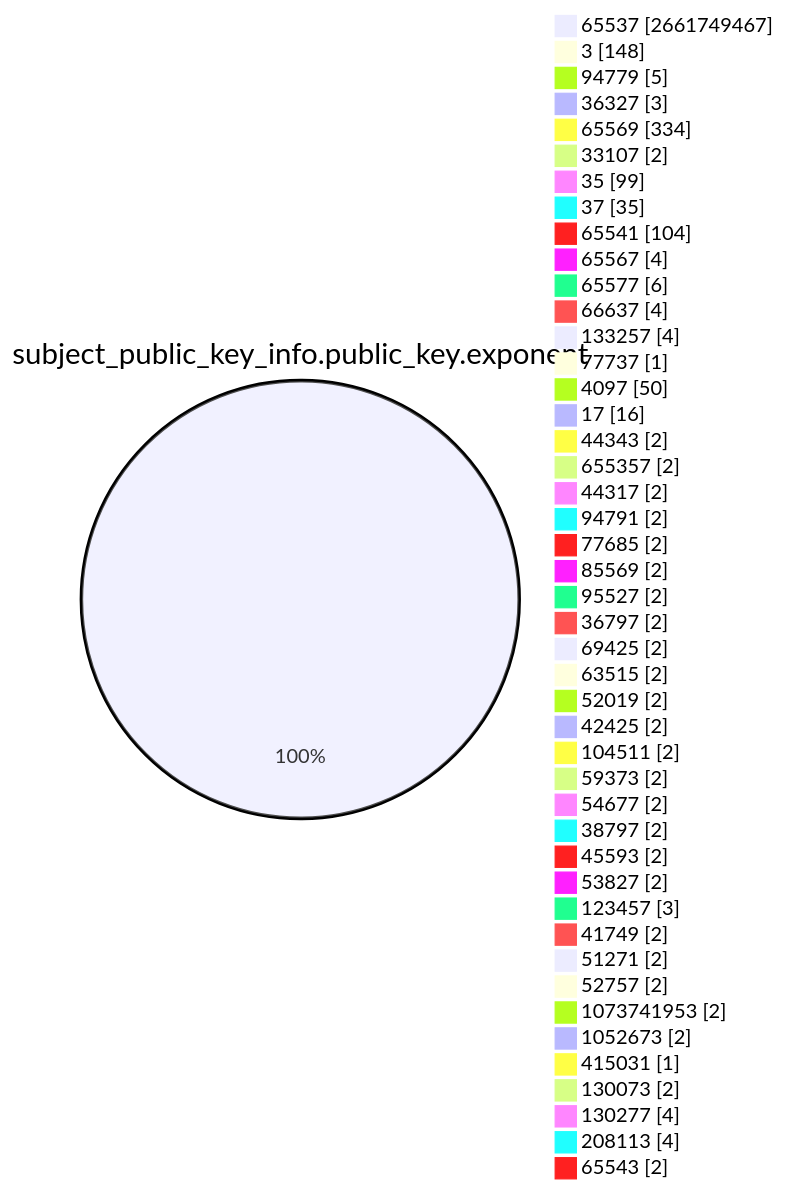
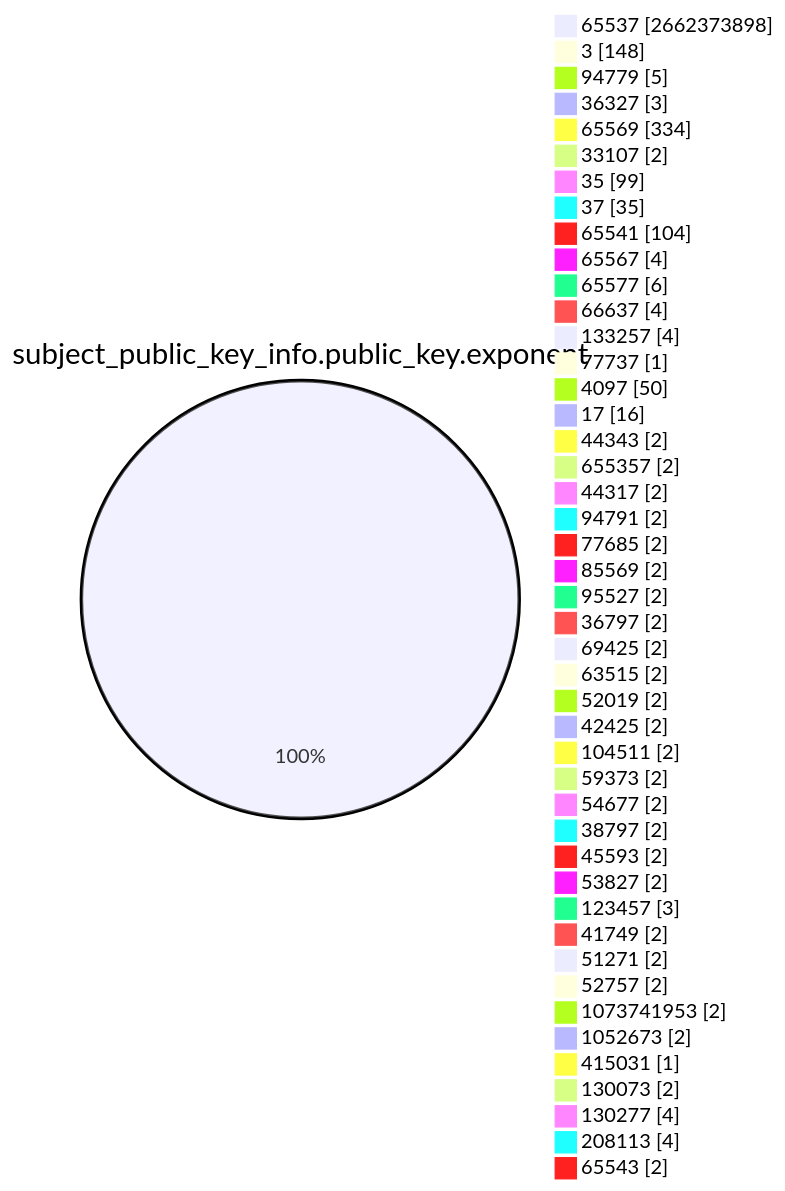
One commit to christiankrug/ctmonitor_visualization changed the fourth of 15 diagrams in TOTAL/README.md. Above: the diagram before and after it, drawn with Mermaid. The commit also changed other lines of this file, not shown here.

````diff
--- a/TOTAL/README.md
+++ b/TOTAL/README.md
@@ -1466,49 +1466,49 @@
 ```mermaid
 pie showData
 title subject_public_key_info.public_key.exponent
-"65537" :2661749467
+"65537" :2662373898
 "3" :148
 "94779" :5
 "36327" :3
 "65569" :334
 "33107" :2
 "35" :99
 "37" :35
 "65541" :104
 "65567" :4
 "65577" :6
 "66637" :4
 "133257" :4
 "77737" :1
 "4097" :50
 "17" :16
 "44343" :2
 "655357" :2
 "44317" :2
 "94791" :2
 "77685" :2
 "85569" :2
 "95527" :2
 "36797" :2
 "69425" :2
 "63515" :2
 "52019" :2
 "42425" :2
 "104511" :2
 "59373" :2
 "54677" :2
 "38797" :2
 "45593" :2
 "53827" :2
 "123457" :3
 "41749" :2
 "51271" :2
 "52757" :2
 "1073741953" :2
 "1052673" :2
 "415031" :1
 "130073" :2
 "130277" :4
 "208113" :4
 "65543" :2
 ```
````
